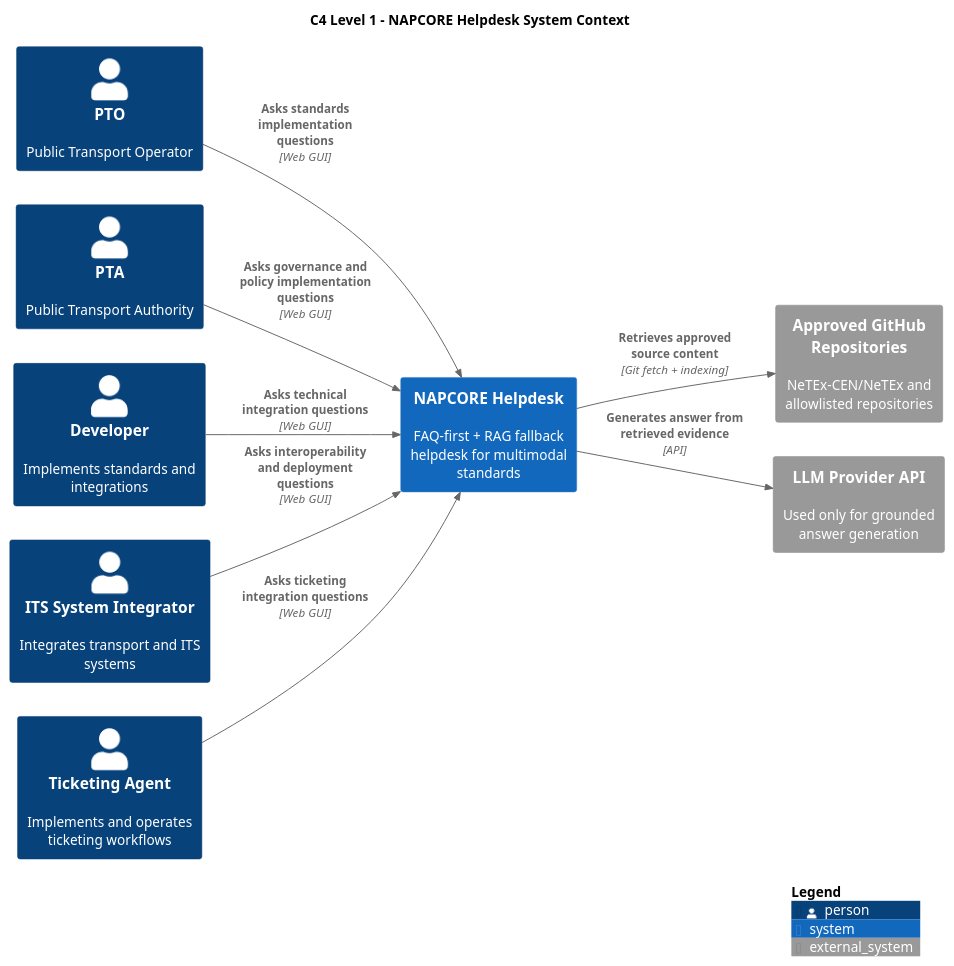
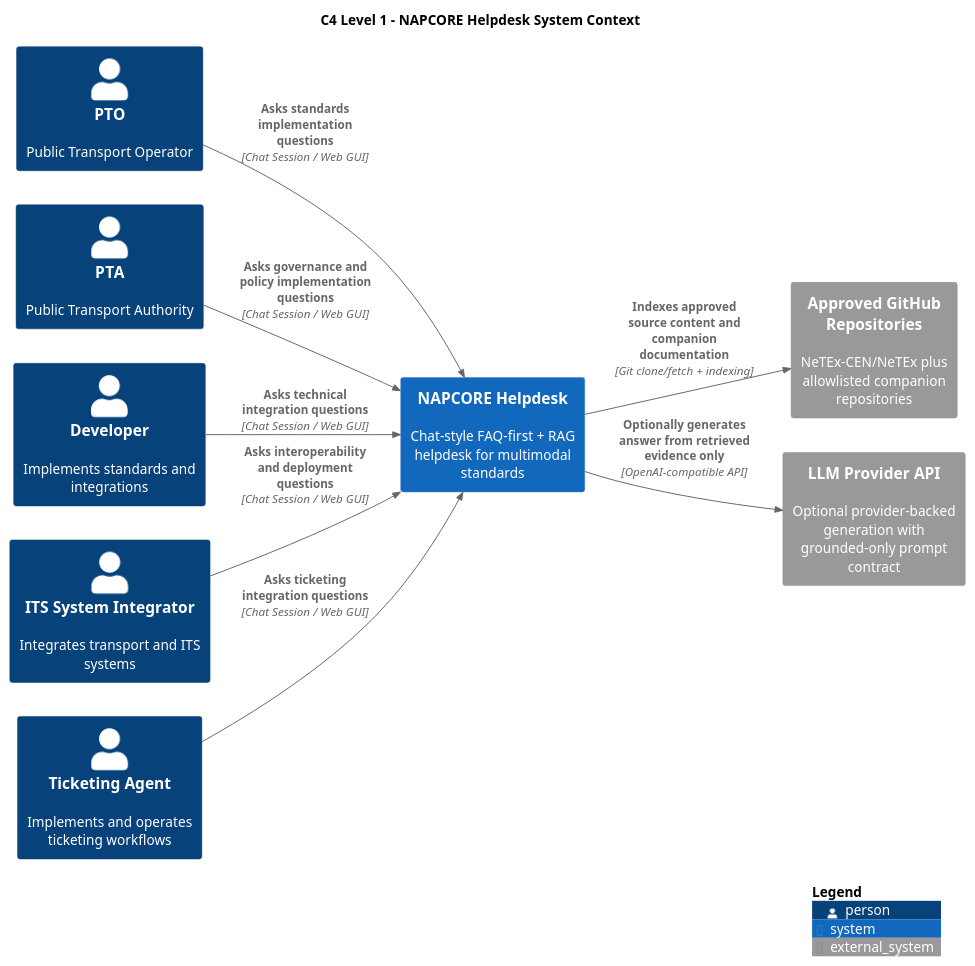
Before and after one commit to UM-KGPI/NapcoreHelpdesk: the diagram in docs/architecture/c4-system-context.puml, drawn with PlantUML. The commit also changed 36 other files, not shown here.

Commit message:
feat(helpdesk): add chat UX, llm-ready flow, docs, and updated slides

```diff
--- a/docs/architecture/c4-system-context.puml
+++ b/docs/architecture/c4-system-context.puml
@@ -1,31 +1,31 @@
 @startuml
 !includeurl https://raw.githubusercontent.com/plantuml-stdlib/C4-PlantUML/master/C4_Context.puml
 
 LAYOUT_LEFT_RIGHT()
 
 title C4 Level 1 - NAPCORE Helpdesk System Context
 
 Person(pto, "PTO", "Public Transport Operator")
 Person(pta, "PTA", "Public Transport Authority")
 Person(dev, "Developer", "Implements standards and integrations")
 Person(integrator, "ITS System Integrator", "Integrates transport and ITS systems")
 Person(ticketing, "Ticketing Agent", "Implements and operates ticketing workflows")
 
-System(helpdesk, "NAPCORE Helpdesk", "FAQ-first + RAG fallback helpdesk for multimodal standards")
-System_Ext(github, "Approved GitHub Repositories", "NeTEx-CEN/NeTEx and allowlisted repositories")
-System_Ext(llm, "LLM Provider API", "Used only for grounded answer generation")
+System(helpdesk, "NAPCORE Helpdesk", "Chat-style FAQ-first + RAG helpdesk for multimodal standards")
+System_Ext(github, "Approved GitHub Repositories", "NeTEx-CEN/NeTEx plus allowlisted companion repositories")
+System_Ext(llm, "LLM Provider API", "Optional provider-backed generation with grounded-only prompt contract")
 
-Rel(pto, helpdesk, "Asks standards implementation questions", "Web GUI")
-Rel(pta, helpdesk, "Asks governance and policy implementation questions", "Web GUI")
-Rel(dev, helpdesk, "Asks technical integration questions", "Web GUI")
-Rel(integrator, helpdesk, "Asks interoperability and deployment questions", "Web GUI")
-Rel(ticketing, helpdesk, "Asks ticketing integration questions", "Web GUI")
+Rel(pto, helpdesk, "Asks standards implementation questions", "Chat Session / Web GUI")
+Rel(pta, helpdesk, "Asks governance and policy implementation questions", "Chat Session / Web GUI")
+Rel(dev, helpdesk, "Asks technical integration questions", "Chat Session / Web GUI")
+Rel(integrator, helpdesk, "Asks interoperability and deployment questions", "Chat Session / Web GUI")
+Rel(ticketing, helpdesk, "Asks ticketing integration questions", "Chat Session / Web GUI")
 
-Rel(helpdesk, github, "Retrieves approved source content", "Git fetch + indexing")
-Rel(helpdesk, llm, "Generates answer from retrieved evidence", "API")
+Rel(helpdesk, github, "Indexes approved source content and companion documentation", "Git clone/fetch + indexing")
+Rel(helpdesk, llm, "Optionally generates answer from retrieved evidence only", "OpenAI-compatible API")
 
 UpdateRelStyle(helpdesk, llm, $textColor="black", $lineColor="#38598A")
 
 SHOW_LEGEND()
 
 @enduml
```
